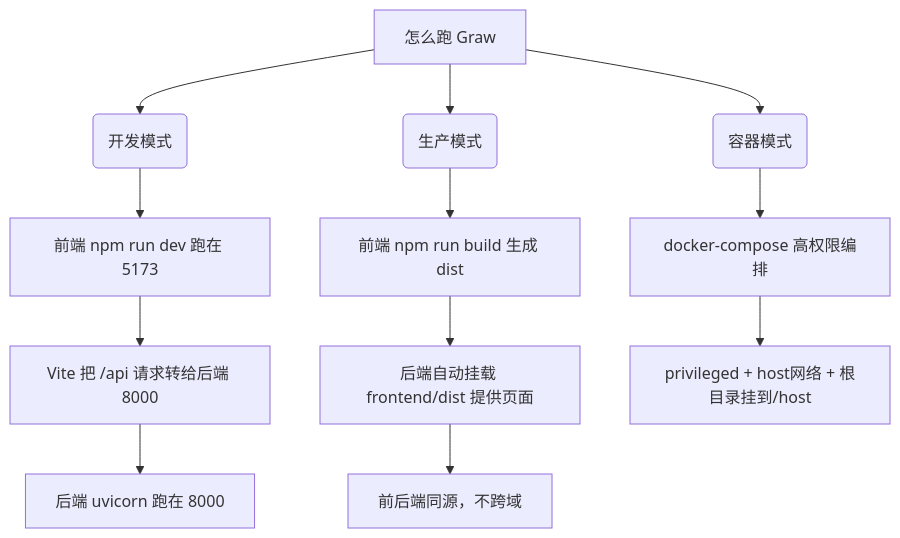
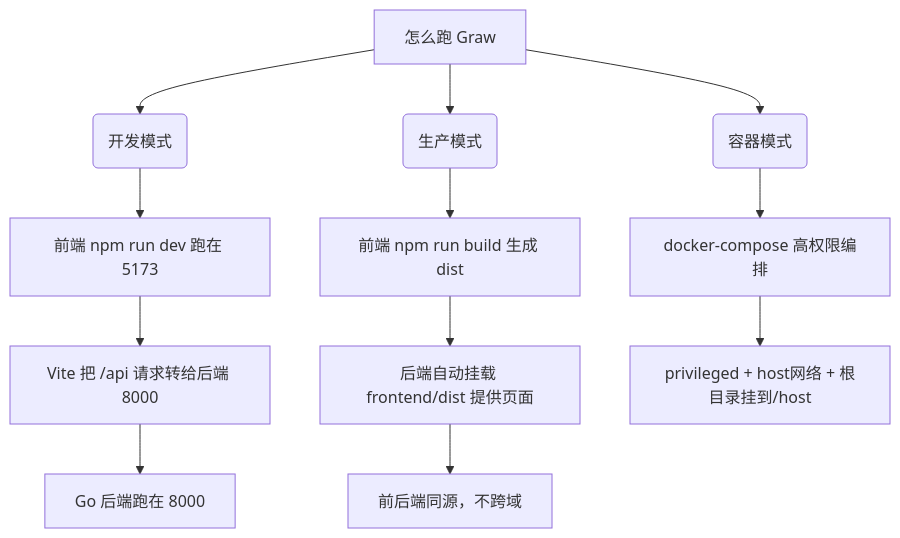
One commit to wuhulab/Graw changed the first of 2 diagrams in GETMEREAD/01-项目架构与启动.md. Above: the diagram before and after it, drawn with Mermaid. The commit also changed other lines of this file and 27 other files, not shown here.

````diff
--- a/GETMEREAD/01-项目架构与启动.md
+++ b/GETMEREAD/01-项目架构与启动.md
@@ -21,14 +21,14 @@
 ```mermaid
 flowchart TD
     A[怎么跑 Graw] --> B(开发模式)
     A --> C(生产模式)
     A --> D(容器模式)
     B --> B1[前端 npm run dev 跑在 5173]
     B1 --> B2[Vite 把 /api 请求转给后端 8000]
-    B2 --> B3[后端 uvicorn 跑在 8000]
+    B2 --> B3[Go 后端跑在 8000]
     C --> C1[前端 npm run build 生成 dist]
     C1 --> C2[后端自动挂载 frontend/dist 提供页面]
     C2 --> C3[前后端同源，不跨域]
     D --> D1[docker-compose 高权限编排]
     D1 --> D2[privileged + host网络 + 根目录挂到/host]
 ```
````
